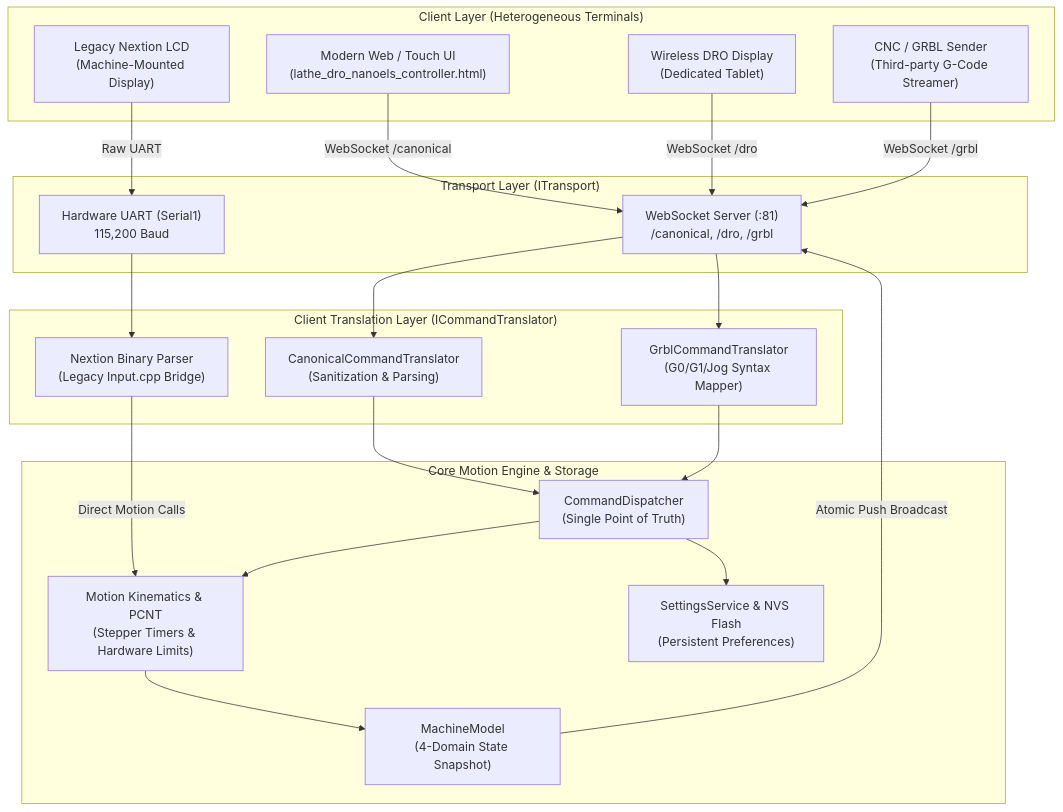
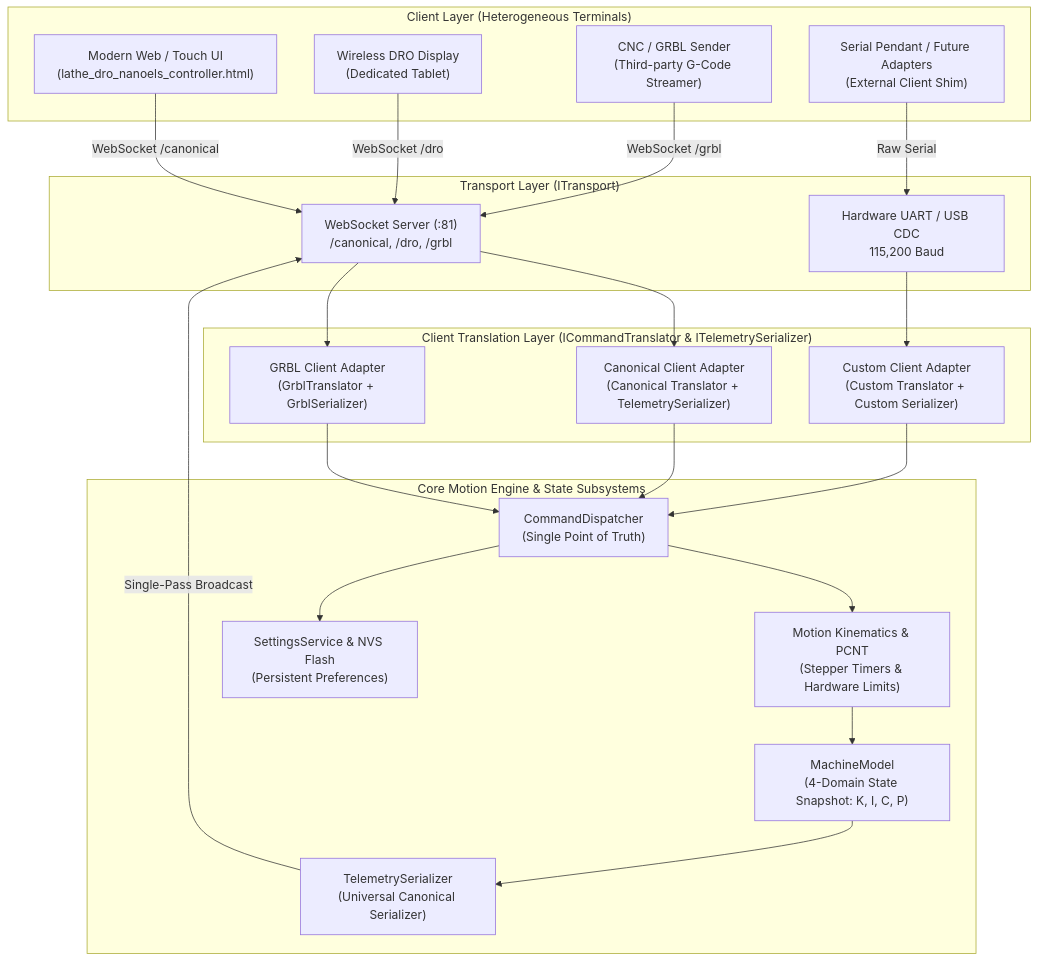
One commit to emmelcf/whatELS changed the diagram in docs/clients/ELS_CLIENT_ARCHITECTURE.md. Above: the diagram before and after it, drawn with Mermaid. The commit also changed other lines of this file and 21 other files, not shown here.

First line of the commit message:
feat(core): relocate canonical telemetry serializer and decommission legacy Nextion

````diff
--- a/docs/clients/ELS_CLIENT_ARCHITECTURE.md
+++ b/docs/clients/ELS_CLIENT_ARCHITECTURE.md
@@ -37,45 +37,47 @@
 ```mermaid
 graph TD
     subgraph Client_Layer ["Client Layer (Heterogeneous Terminals)"]
         WebUI["Modern Web / Touch UI\n(lathe_dro_nanoels_controller.html)"]
         DROTablet["Wireless DRO Display\n(Dedicated Tablet)"]
         GrblSender["CNC / GRBL Sender\n(Third-party G-Code Streamer)"]
-        NextionLCD["Legacy Nextion LCD\n(Machine-Mounted Display)"]
+        SerialPendant["Serial Pendant / Future Adapters\n(External Client Shim)"]
     end
 
     subgraph Transport_Layer ["Transport Layer (ITransport)"]
         WSServer["WebSocket Server (:81)\n/canonical, /dro, /grbl"]
-        Serial1UART["Hardware UART (Serial1)\n115,200 Baud"]
+        SerialUART["Hardware UART / USB CDC\n115,200 Baud"]
     end
 
-    subgraph Translation_Layer ["Client Translation Layer (ICommandTranslator)"]
-        CanonicalTrans["CanonicalCommandTranslator\n(Sanitization & Parsing)"]
-        GrblTrans["GrblCommandTranslator\n(G0/G1/Jog Syntax Mapper)"]
-        InputNextion["Nextion Binary Parser\n(Legacy Input.cpp Bridge)"]
+    subgraph Translation_Layer ["Client Translation Layer (ICommandTranslator & ITelemetrySerializer)"]
+        CanonicalTrans["Canonical Client Adapter\n(Canonical Translator + TelemetrySerializer)"]
+        GrblTrans["GRBL Client Adapter\n(GrblTranslator + GrblSerializer)"]
+        CustomTrans["Custom Client Adapter\n(Custom Translator + Custom Serializer)"]
     end
 
-    subgraph Core_Motion ["Core Motion Engine & Storage"]
+    subgraph Core_Motion ["Core Motion Engine & State Subsystems"]
         Dispatcher["CommandDispatcher\n(Single Point of Truth)"]
-        MachineModel["MachineModel\n(4-Domain State Snapshot)"]
         MotionCore["Motion Kinematics & PCNT\n(Stepper Timers & Hardware Limits)"]
         SettingsSvc["SettingsService & NVS Flash\n(Persistent Preferences)"]
+        MachineModel["MachineModel\n(4-Domain State Snapshot: K, I, C, P)"]
+        CoreSerializer["TelemetrySerializer\n(Universal Canonical Serializer)"]
     end
 
     WebUI -->|WebSocket /canonical| WSServer
     DROTablet -->|WebSocket /dro| WSServer
     GrblSender -->|WebSocket /grbl| WSServer
-    NextionLCD -->|Raw UART| Serial1UART
+    SerialPendant -->|Raw Serial| SerialUART
 
     WSServer --> CanonicalTrans
     WSServer --> GrblTrans
-    Serial1UART --> InputNextion
+    SerialUART --> CustomTrans
 
     CanonicalTrans --> Dispatcher
     GrblTrans --> Dispatcher
-    InputNextion -->|Direct Motion Calls| MotionCore
+    CustomTrans --> Dispatcher
 
     Dispatcher --> MotionCore
     Dispatcher --> SettingsSvc
     MotionCore --> MachineModel
-    MachineModel -->|Atomic Push Broadcast| WSServer
+    MachineModel --> CoreSerializer
+    CoreSerializer -->|Single-Pass Broadcast| WSServer
 ```
````
